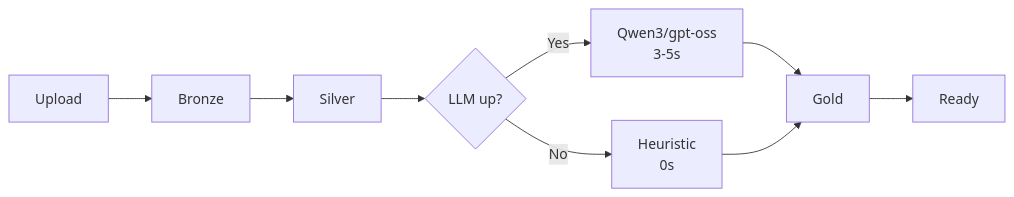
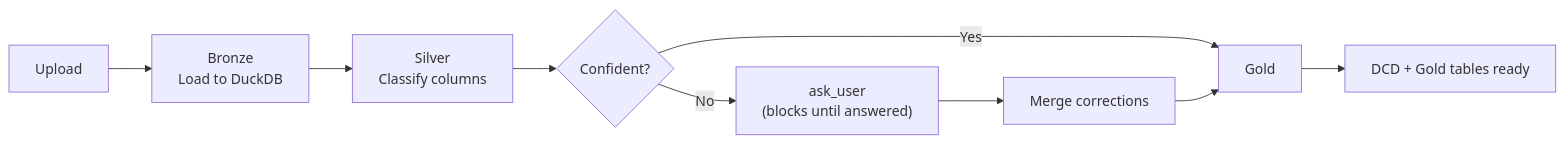
The second of 5 diagrams in README.md (hitakshiA/Manthan), drawn with Mermaid before and after one commit. The commit also changed other lines of this file, not shown here.

Commit message:
docs: update README with interactive clarification flow + mermaid diagrams

````diff
--- a/README.md
+++ b/README.md
@@ -56,10 +59,11 @@
 ```mermaid
 flowchart LR
-    A[Upload] --> B[Bronze]
-    B --> C[Silver]
-    C --> D{LLM up?}
-    D -->|Yes| E[Qwen3/gpt-oss\n3-5s]
-    D -->|No| F[Heuristic\n0s]
-    E & F --> G[Gold]
-    G --> H[Ready]
+    A[Upload] --> B[Bronze\nLoad to DuckDB]
+    B --> C[Silver\nClassify columns]
+    C --> D{Confident?}
+    D -->|Yes| G[Gold]
+    D -->|No| E["ask_user\n(blocks until answered)"]
+    E --> F[Merge corrections]
+    F --> G
+    G --> H[DCD + Gold tables ready]
 ```
````
